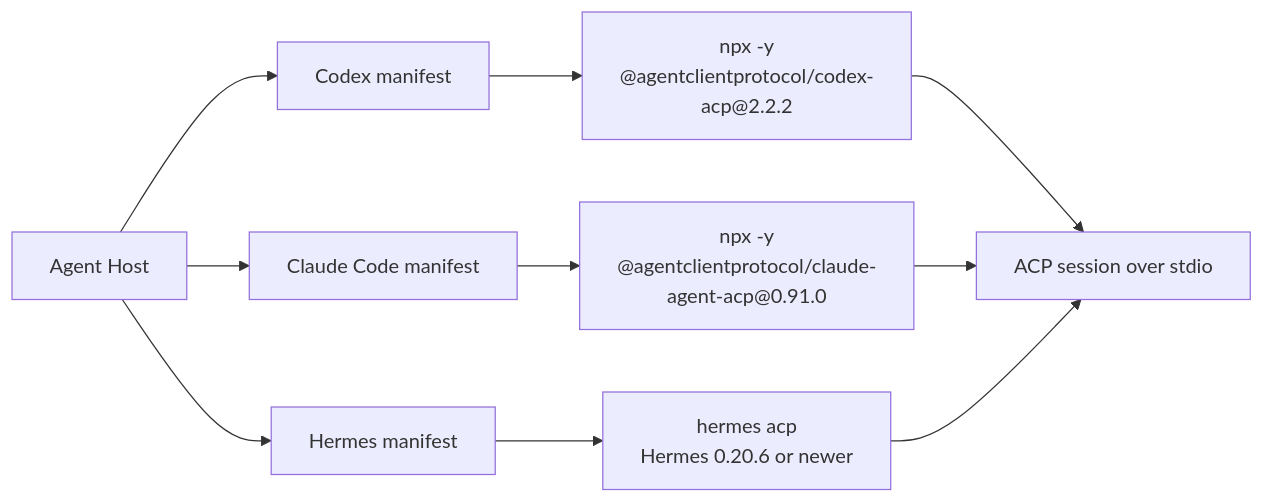
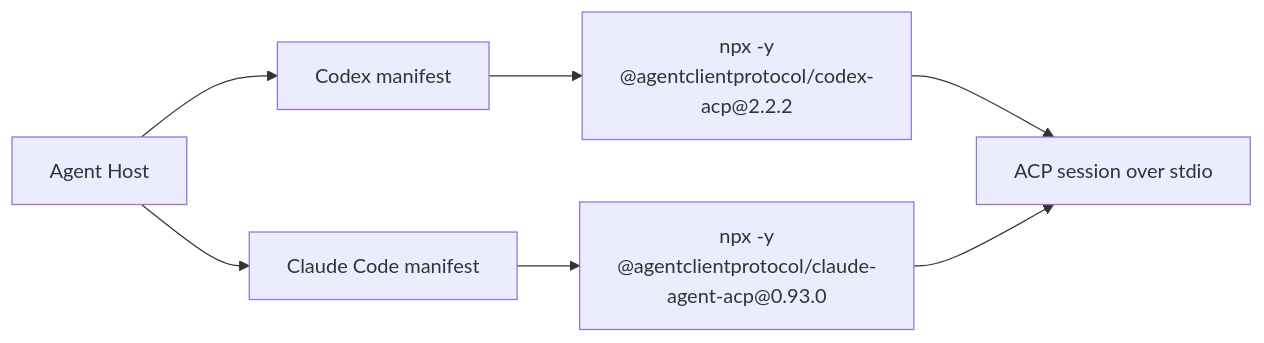
The sixth of 8 diagrams in internal/develop/bring-your-own-agents.md (LayerNorm/overlay-web), drawn with Mermaid before and after one commit. The commit also changed other lines of this file and 61 other files, not shown here.

````diff
--- a/internal/develop/bring-your-own-agents.md
+++ b/internal/develop/bring-your-own-agents.md
@@ -904,15 +911,12 @@
 ```mermaid
 flowchart LR
     Host["Agent Host"]
     Codex["Codex manifest"]
     Claude["Claude Code manifest"]
-    Hermes["Hermes manifest"]
     CodexProcess["npx -y<br/>@agentclientprotocol/codex-acp@2.2.2"]
-    ClaudeProcess["npx -y<br/>@agentclientprotocol/claude-agent-acp@0.91.0"]
-    HermesProcess["hermes acp<br/>Hermes 0.20.6 or newer"]
+    ClaudeProcess["npx -y<br/>@agentclientprotocol/claude-agent-acp@0.93.0"]
     Session["ACP session over stdio"]
 
     Host --> Codex --> CodexProcess --> Session
     Host --> Claude --> ClaudeProcess --> Session
-    Host --> Hermes --> HermesProcess --> Session
 ```
````
